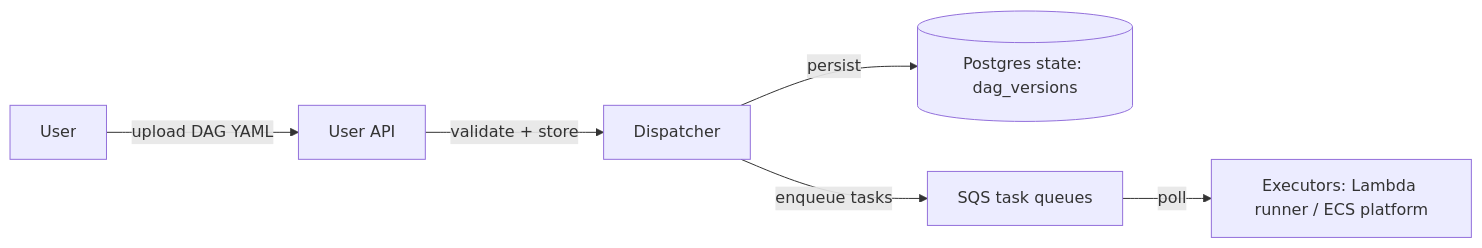
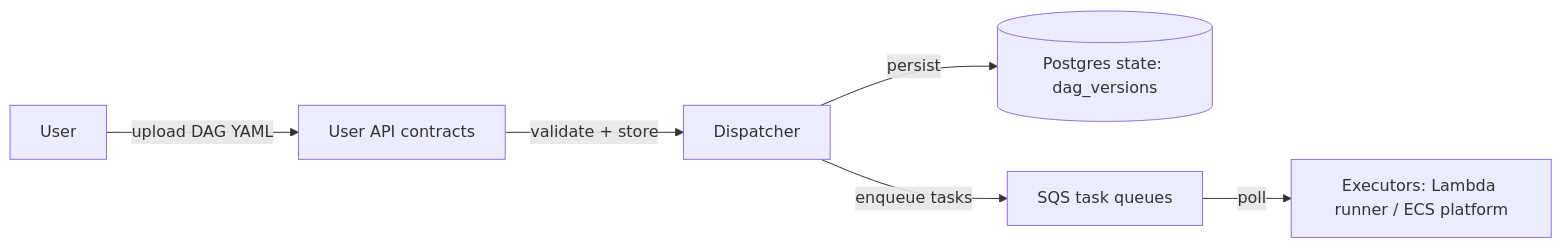
The diagram in docs/specs/dag_configuration.md (c7121/trace), drawn with Mermaid before and after one commit. The commit also changed 8 other files, not shown here.

Commit message:
docs(architecture): align v1 lambda UDF flow and centralize user API contracts

````diff
--- a/docs/specs/dag_configuration.md
+++ b/docs/specs/dag_configuration.md
@@ -48,8 +48,8 @@
 ```mermaid
 flowchart LR
-  U[User] -->|upload DAG YAML| API[User API]
+  U[User] -->|upload DAG YAML| API[User API contracts]
   API -->|validate + store| DISP[Dispatcher]
   DISP -->|persist| PS[(Postgres state: dag_versions)]
   DISP -->|enqueue tasks| Q[SQS task queues]
   Q -->|poll| EXEC[Executors: Lambda runner / ECS platform]
 ```
````
